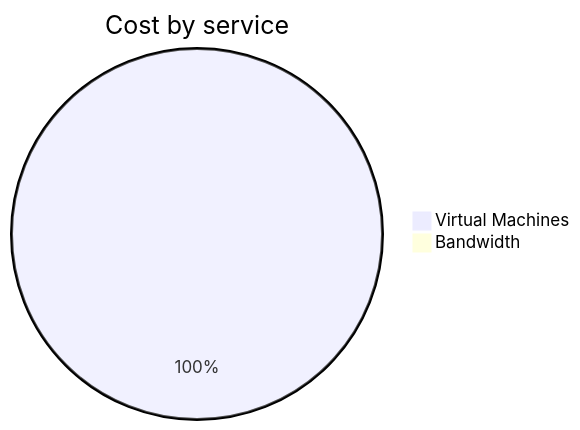
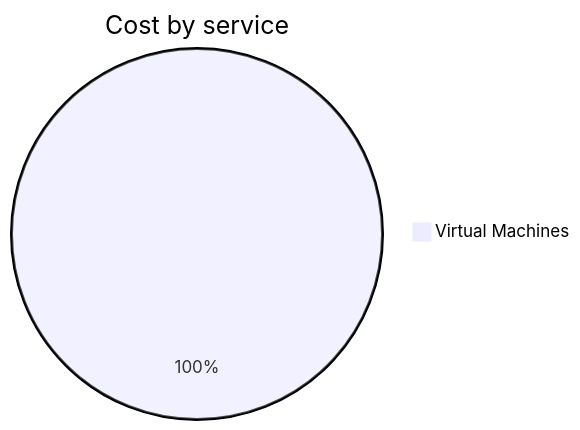
Before and after one commit to jpfulton/azure-personal-reports: the second of 4 diagrams in cost-reports/personal-network/backup-server.md, drawn with Mermaid. The commit also changed other lines of this file and 8 other files, not shown here.

````diff
--- a/cost-reports/personal-network/backup-server.md
+++ b/cost-reports/personal-network/backup-server.md
@@ -96,6 +91,5 @@
 ```mermaid
 pie
    title Cost by service
-   "Virtual Machines" : 6.23
-   "Bandwidth" : 0.00
+   "Virtual Machines" : 0.04
 ```
````
